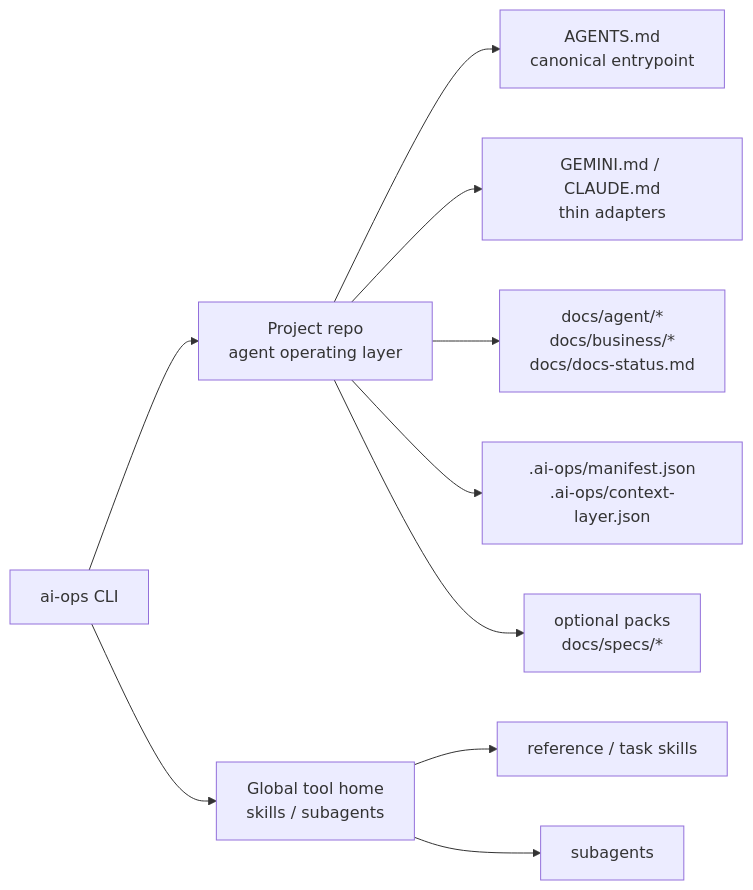
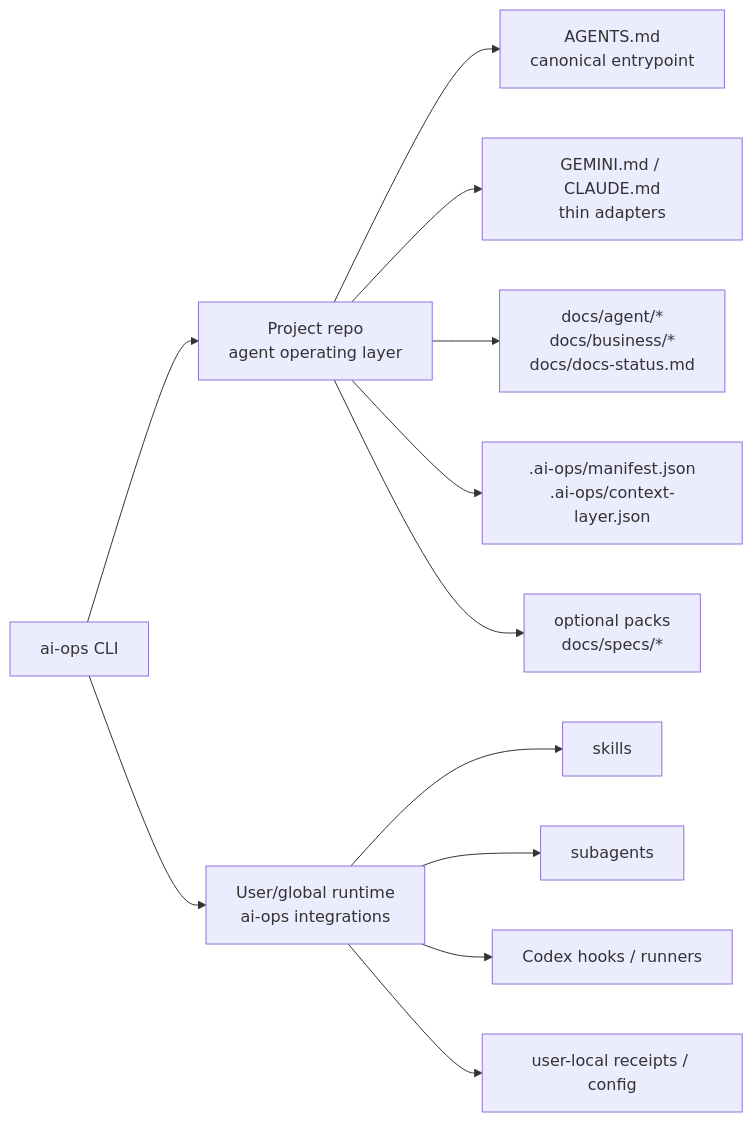
The diagram in README.ko.md (MincheolC/ai-ops-cli), drawn with Mermaid before and after one commit. The commit also changed other lines of this file and 20 other files, not shown here.

Commit message:
docs: define ai-ops integrations model

````diff
--- a/README.ko.md
+++ b/README.ko.md
@@ -11,14 +11,16 @@
 ```mermaid
 flowchart LR
   cli["ai-ops CLI"] --> project["Project repo<br/>agent operating layer"]
-  cli --> global["Global tool home<br/>skills / subagents"]
+  cli --> integrations["User/global runtime<br/>ai-ops integrations"]
 
   project --> entry["AGENTS.md<br/>canonical entrypoint"]
   project --> adapters["GEMINI.md / CLAUDE.md<br/>thin adapters"]
   project --> docs["docs/agent/*<br/>docs/business/*<br/>docs/docs-status.md"]
   project --> state[".ai-ops/manifest.json<br/>.ai-ops/context-layer.json"]
   project --> packs["optional packs<br/>docs/specs/*"]
 
-  global --> skills["reference / task skills"]
-  global --> subagents["subagents"]
+  integrations --> skills["skills"]
+  integrations --> subagents["subagents"]
+  integrations --> hooks["Codex hooks / runners"]
+  integrations --> receipts["user-local receipts / config"]
 ```
````
